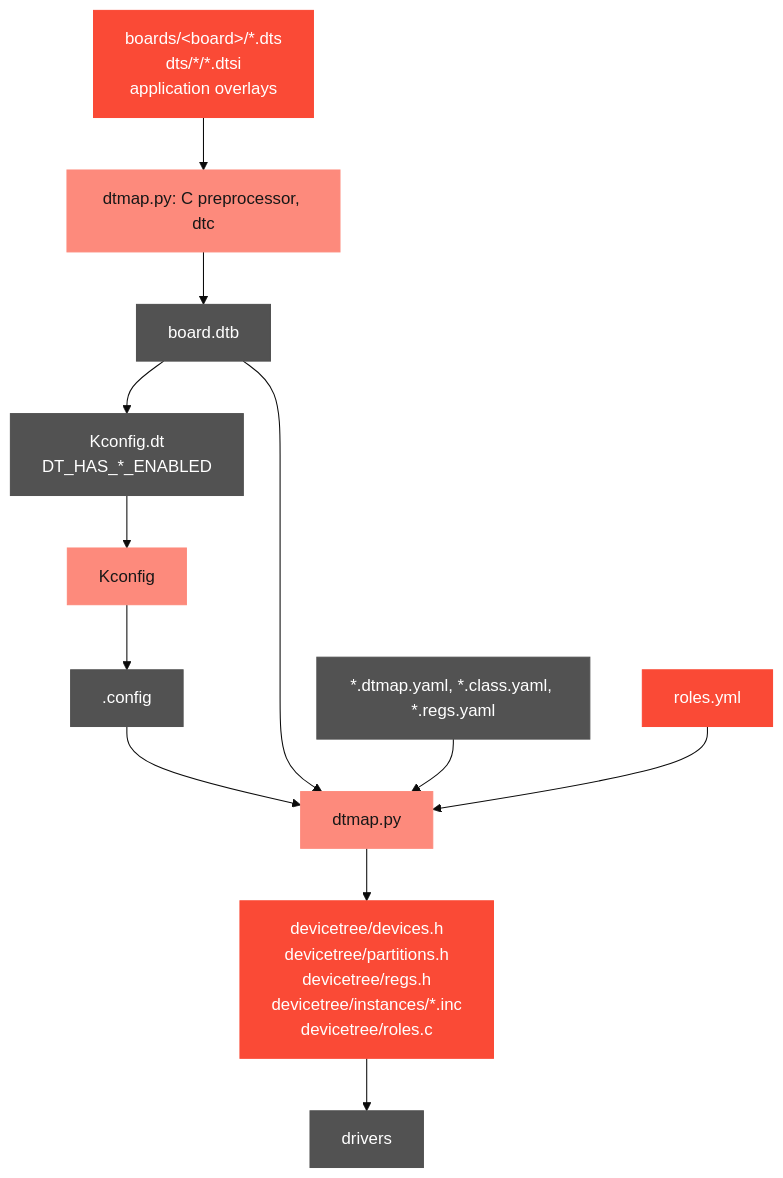
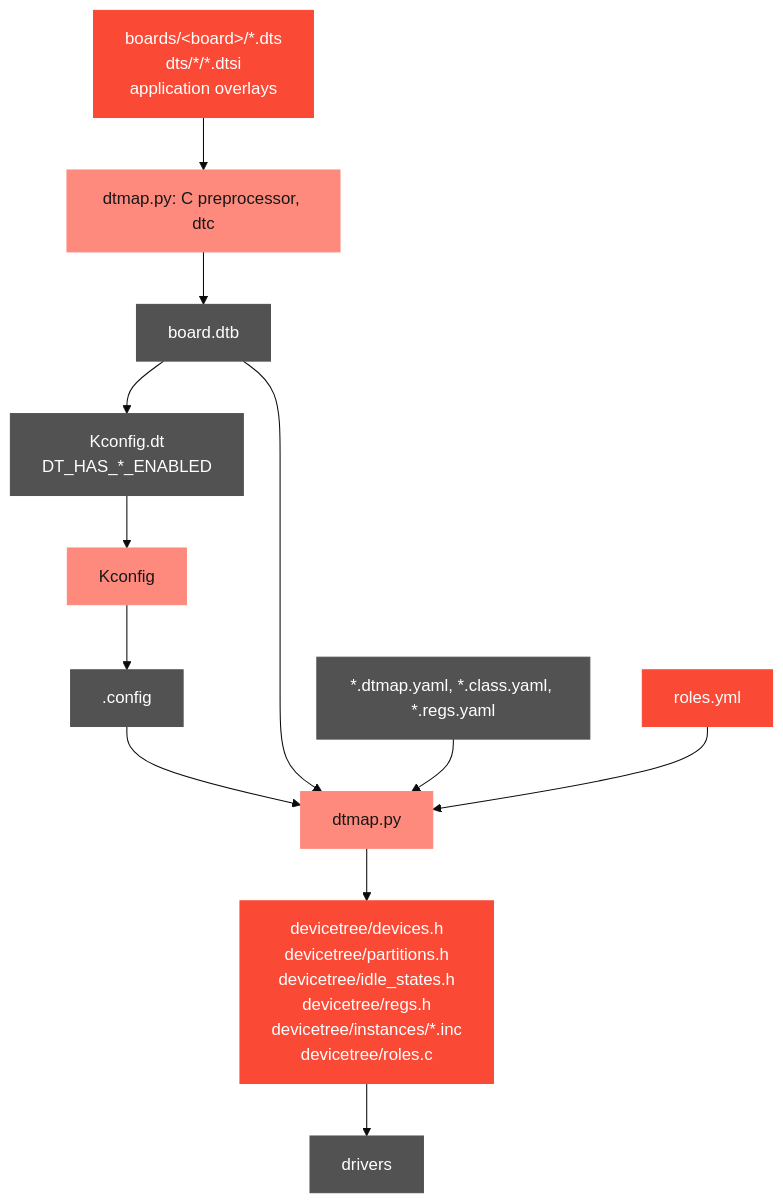
One commit to coredevices/PebbleOS changed the diagram in docs/development/build_system/devicetree.md. Above: the diagram before and after it, drawn with Mermaid (base theme). The commit also changed other lines of this file and 2 other files, not shown here.

First line of the commit message:
tools/devicetree: generate the idle states

````diff
--- a/docs/development/build_system/devicetree.md
+++ b/docs/development/build_system/devicetree.md
@@ -62,25 +62,25 @@
 ```{mermaid}
 flowchart TD
   dts["boards/&lt;board&gt;/*.dts<br/>dts/*/*.dtsi<br/>application overlays"]
   dtc["dtmap.py: C preprocessor, dtc"]
   dtb["board.dtb"]
   kdt["Kconfig.dt<br/>DT_HAS_*_ENABLED"]
   kconfig["Kconfig"]
   cfg[".config"]
   dtmap["dtmap.py"]
   specs["*.dtmap.yaml, *.class.yaml, *.regs.yaml"]
   roles["roles.yml"]
-  out["devicetree/devices.h<br/>devicetree/partitions.h<br/>devicetree/regs.h<br/>devicetree/instances/*.inc<br/>devicetree/roles.c"]
+  out["devicetree/devices.h<br/>devicetree/partitions.h<br/>devicetree/idle_states.h<br/>devicetree/regs.h<br/>devicetree/instances/*.inc<br/>devicetree/roles.c"]
   drv["drivers"]
   dts --> dtc --> dtb --> kdt --> kconfig --> cfg --> dtmap
   dtb --> dtmap
   specs --> dtmap --> out --> drv
   roles --> dtmap
 
   classDef app fill:#fa4a36,stroke:#fa4a36,color:#ffffff
   classDef system fill:#fd8a7c,stroke:#fd8a7c,color:#171717
   classDef base fill:#525252,stroke:#525252,color:#ffffff
   class dts,roles,out app
   class dtc,kconfig,dtmap system
   class dtb,kdt,cfg,specs,drv base
 ```
````
